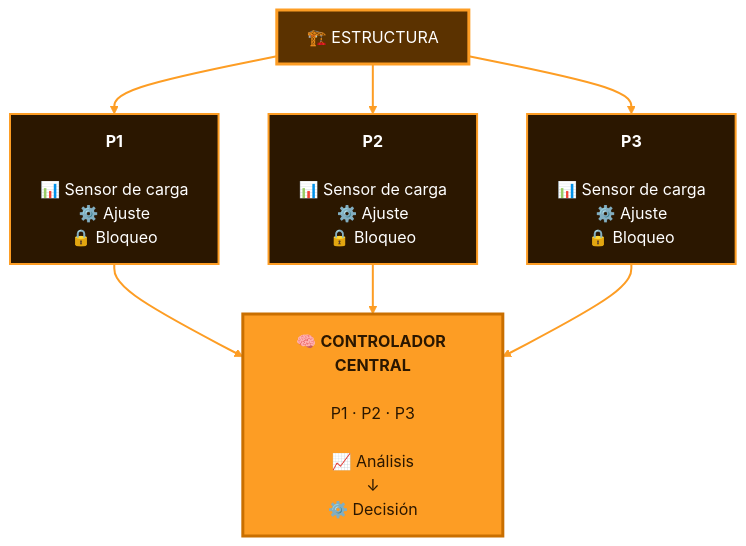
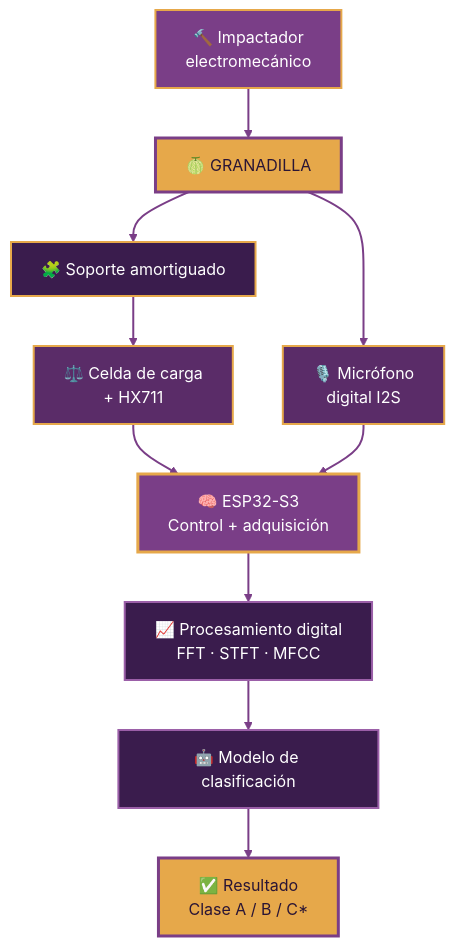
One commit to Cesarapcho/PI_Equipo_03 changed the fifth of 8 diagrams in README.md. Above: the diagram before and after it, drawn with Mermaid. The commit also changed other lines of this file, not shown here.

````diff
--- a/README.md
+++ b/README.md
@@ -303,24 +319,36 @@
 ```mermaid
 flowchart TB
-    E["🏗️ ESTRUCTURA"]:::structure
+    F["🍈 GRANADILLA"]:::fruit
 
-    P1["<b>P1</b><br/><br/>📊 Sensor de carga<br/>⚙️ Ajuste<br/>🔒 Bloqueo"]:::module
-    P2["<b>P2</b><br/><br/>📊 Sensor de carga<br/>⚙️ Ajuste<br/>🔒 Bloqueo"]:::module
-    P3["<b>P3</b><br/><br/>📊 Sensor de carga<br/>⚙️ Ajuste<br/>🔒 Bloqueo"]:::module
+    S["🧩 Soporte amortiguado"]:::module
+    L["⚖️ Celda de carga<br/>+ HX711"]:::sensor
+    I["🔨 Impactador<br/>electromecánico"]:::actuator
+    M["🎙️ Micrófono<br/>digital I2S"]:::sensor
 
-    C["🧠 <b>CONTROLADOR CENTRAL</b><br/><br/>P1 · P2 · P3<br/><br/>📈 Análisis<br/>↓<br/>⚙️ Decisión"]:::controller
+    E["🧠 ESP32-S3<br/>Control + adquisición"]:::controller
 
-    E --> P1
-    E --> P2
-    E --> P3
+    DSP["📈 Procesamiento digital<br/>FFT · STFT · MFCC"]:::software
+    ML["🤖 Modelo de clasificación"]:::software
+    R["✅ Resultado<br/>Clase A / B / C*"]:::result
 
-    P1 --> C
-    P2 --> C
-    P3 --> C
+    F --> S
+    S --> L
+    I --> F
+    F --> M
 
-    classDef structure fill:#5B3200,color:#FFFFFF,stroke:#FD9D24,stroke-width:3px;
-    classDef module fill:#2B1700,color:#FFFFFF,stroke:#FD9D24,stroke-width:2px;
-    classDef controller fill:#FD9D24,color:#2B1700,stroke:#C96F00,stroke-width:3px;
+    L --> E
+    M --> E
+    E --> DSP
+    DSP --> ML
+    ML --> R
 
-    linkStyle default stroke:#FD9D24,stroke-width:2px;
+    classDef fruit fill:#E6A84A,color:#2A1535,stroke:#7A3E87,stroke-width:3px;
+    classDef module fill:#3A1C4D,color:#FFFFFF,stroke:#E6A84A,stroke-width:2px;
+    classDef sensor fill:#5A2C68,color:#FFFFFF,stroke:#E6A84A,stroke-width:2px;
+    classDef actuator fill:#7A3E87,color:#FFFFFF,stroke:#E6A84A,stroke-width:2px;
+    classDef controller fill:#7A3E87,color:#FFFFFF,stroke:#E6A84A,stroke-width:3px;
+    classDef software fill:#3A1C4D,color:#FFFFFF,stroke:#9B5FA8,stroke-width:2px;
+    classDef result fill:#E6A84A,color:#2A1535,stroke:#7A3E87,stroke-width:3px;
+
+    linkStyle default stroke:#7A3E87,stroke-width:2px;
 ```
````
